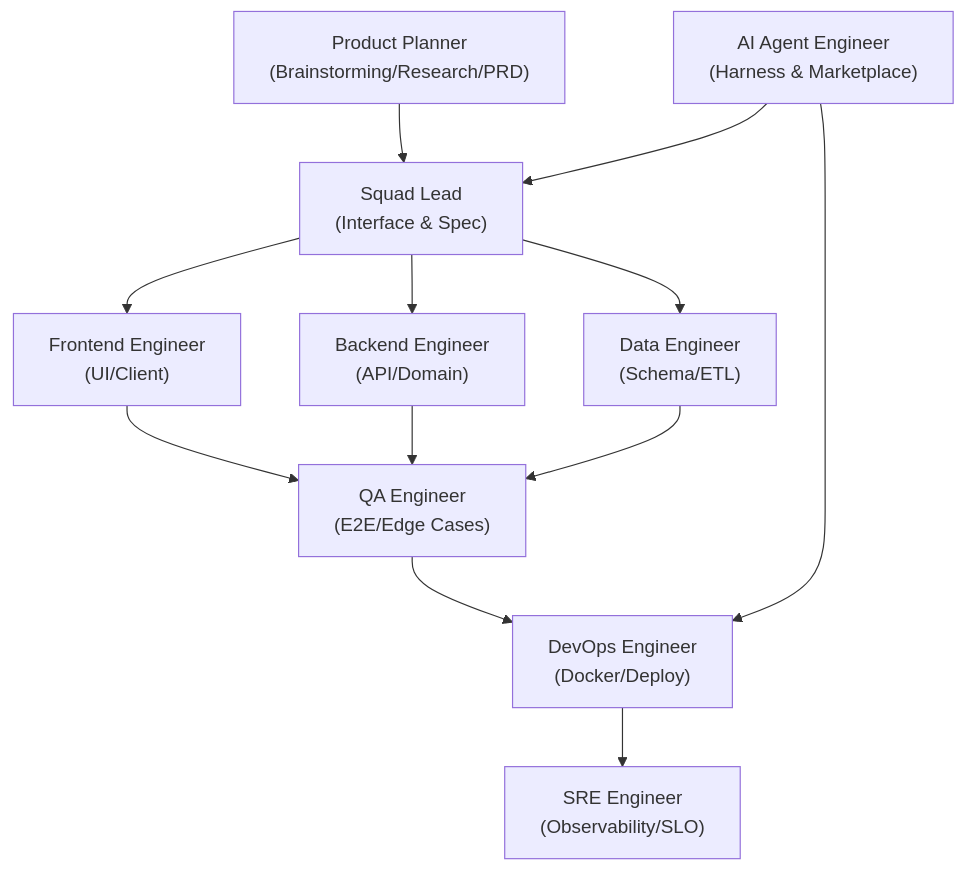
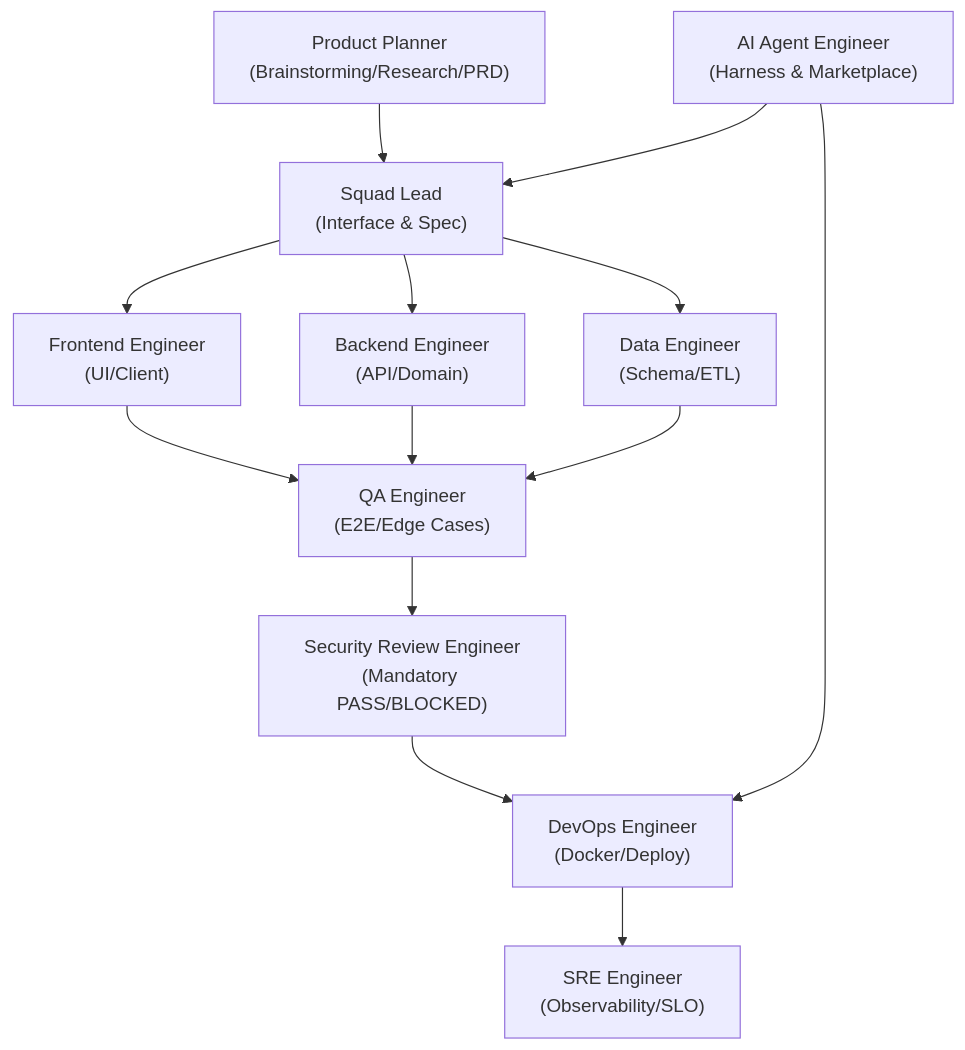
Before and after one commit to DongJinNam/dev-team-skills: the diagram in README.md, drawn with Mermaid. The commit also changed other lines of this file and 24 other files, not shown here.

Commit message:
feat: require independent security review and current advisory checks during QA

````diff
--- a/README.md
+++ b/README.md
@@ -61,11 +61,12 @@
 ```mermaid
 flowchart TD
     PO["Product Planner\n(Brainstorming/Research/PRD)"] --> Lead["Squad Lead\n(Interface & Spec)"]
     AI["AI Agent Engineer\n(Harness & Marketplace)"] --> Lead
     Lead --> FE["Frontend Engineer\n(UI/Client)"]
     Lead --> BE["Backend Engineer\n(API/Domain)"]
     Lead --> DE["Data Engineer\n(Schema/ETL)"]
     FE & BE & DE --> QA["QA Engineer\n(E2E/Edge Cases)"]
-    QA & AI --> DevOps["DevOps Engineer\n(Docker/Deploy)"]
+    QA --> SEC["Security Review Engineer\n(Mandatory PASS/BLOCKED)"]
+    SEC & AI --> DevOps["DevOps Engineer\n(Docker/Deploy)"]
     DevOps --> SRE["SRE Engineer\n(Observability/SLO)"]
 ```
````
